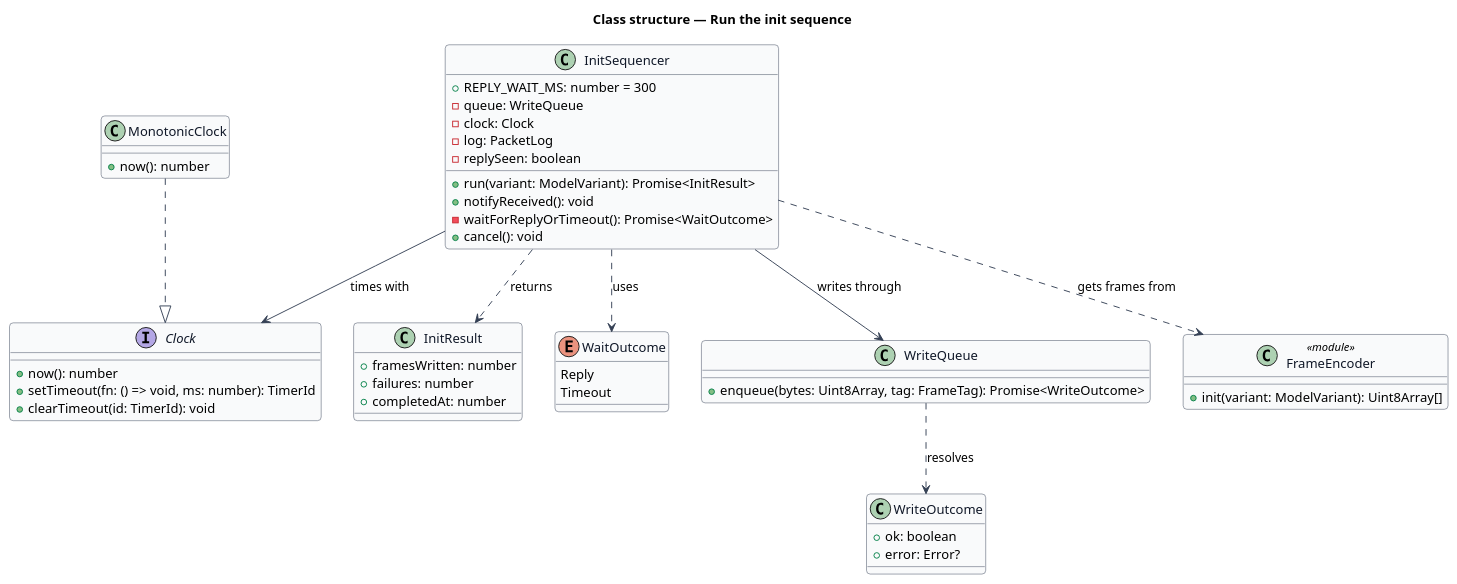
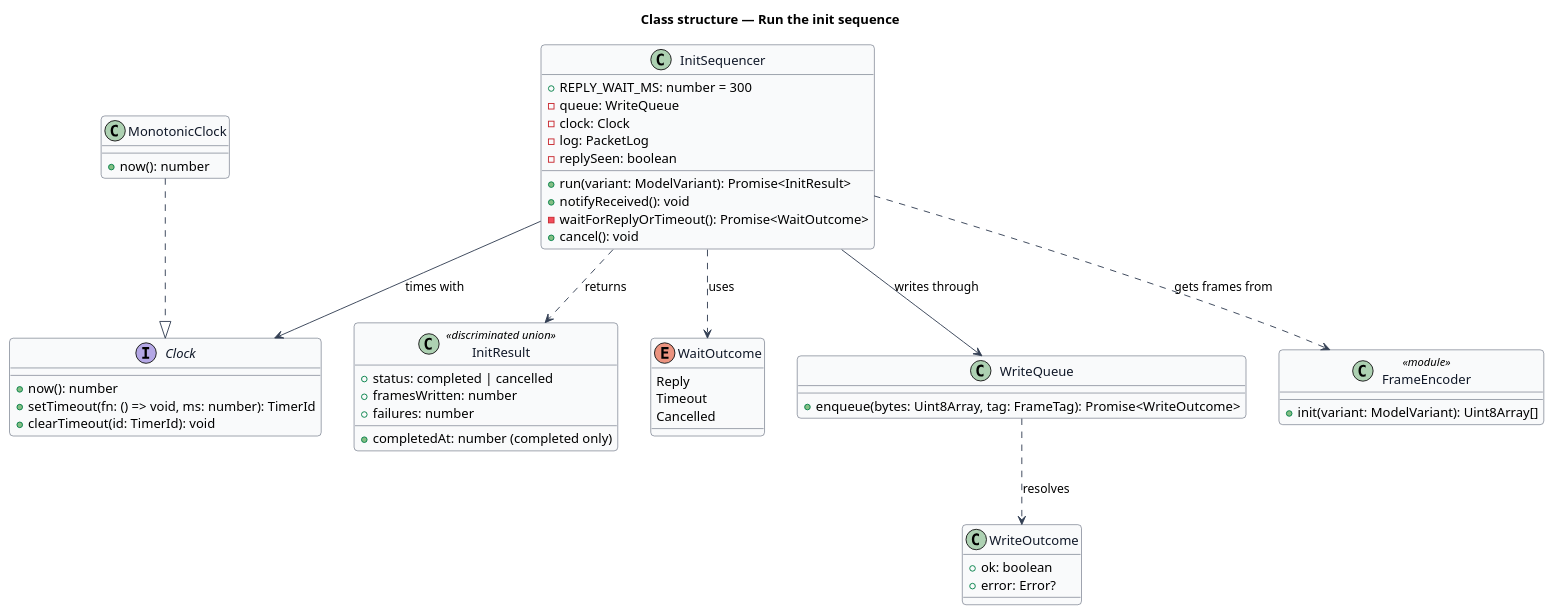
One commit to QuinntyneBrown/stride-link changed the diagram in docs/detailed-designs/handshake/run-init-sequence/diagrams/class-structure.puml. Above: the diagram before and after it, drawn with PlantUML. The commit also changed 23 other files, not shown here.

```diff
--- a/docs/detailed-designs/handshake/run-init-sequence/diagrams/class-structure.puml
+++ b/docs/detailed-designs/handshake/run-init-sequence/diagrams/class-structure.puml
@@ -1,69 +1,71 @@
 @startuml
 ' --- shared skin header ---
 skinparam backgroundColor #FFFFFF
 skinparam shadowing false
 skinparam roundcorner 8
 skinparam defaultFontName Arial
 skinparam ArrowColor #344054
 skinparam class {
   BorderColor #344054
   FontColor #101828
   BackgroundColor #F9FAFB
 }
 ' --------------------------
 title Class structure — Run the init sequence
 
 interface Clock {
   +now(): number
   +setTimeout(fn: () => void, ms: number): TimerId
   +clearTimeout(id: TimerId): void
 }
 
 class MonotonicClock {
   +now(): number
 }
 
 class InitSequencer {
   +REPLY_WAIT_MS: number = 300
   -queue: WriteQueue
   -clock: Clock
   -log: PacketLog
   -replySeen: boolean
   +run(variant: ModelVariant): Promise<InitResult>
   +notifyReceived(): void
   -waitForReplyOrTimeout(): Promise<WaitOutcome>
   +cancel(): void
 }
 
-class InitResult {
+class InitResult <<discriminated union>> {
+  +status: completed | cancelled
   +framesWritten: number
   +failures: number
-  +completedAt: number
+  +completedAt: number (completed only)
 }
 
 enum WaitOutcome {
   Reply
   Timeout
+  Cancelled
 }
 
 class WriteQueue {
   +enqueue(bytes: Uint8Array, tag: FrameTag): Promise<WriteOutcome>
 }
 
 class WriteOutcome {
   +ok: boolean
   +error: Error?
 }
 
 class FrameEncoder <<module>> {
   +init(variant: ModelVariant): Uint8Array[]
 }
 
 MonotonicClock ..|> Clock
 InitSequencer --> Clock : times with
 InitSequencer --> WriteQueue : writes through
 InitSequencer ..> FrameEncoder : gets frames from
 InitSequencer ..> InitResult : returns
 InitSequencer ..> WaitOutcome : uses
 WriteQueue ..> WriteOutcome : resolves
 @enduml
```
